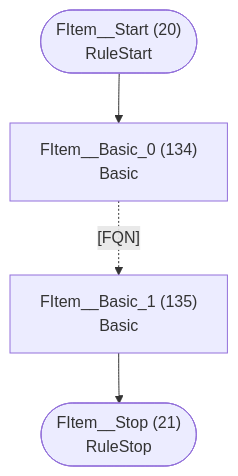
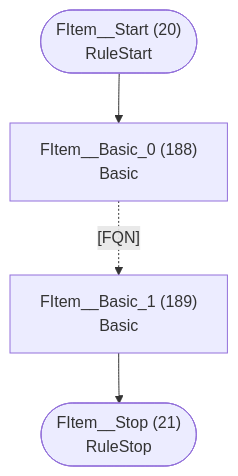
Before and after one commit to TypeFox/fastbelt: diagram 11 of 41 in internal/languages/completion/atn.md, drawn with Mermaid. The commit also changed other lines of this file and 36 other files, not shown here.

````diff
--- a/internal/languages/completion/atn.md
+++ b/internal/languages/completion/atn.md
@@ -303,11 +348,11 @@
 ```mermaid
 flowchart TD
     q20(["FItem__Start (20)<br/>RuleStart"])
     q21(["FItem__Stop (21)<br/>RuleStop"])
-    q134["FItem__Basic_0 (134)<br/>Basic<br/>"]
-    q135["FItem__Basic_1 (135)<br/>Basic<br/>"]
+    q188["FItem__Basic_0 (188)<br/>Basic<br/>"]
+    q189["FItem__Basic_1 (189)<br/>Basic<br/>"]
 
-    q20 --> q134
-    q134 -.->|"[FQN]"| q135
-    q135 --> q21
+    q20 --> q188
+    q188 -.->|"[FQN]"| q189
+    q189 --> q21
 ```
````
